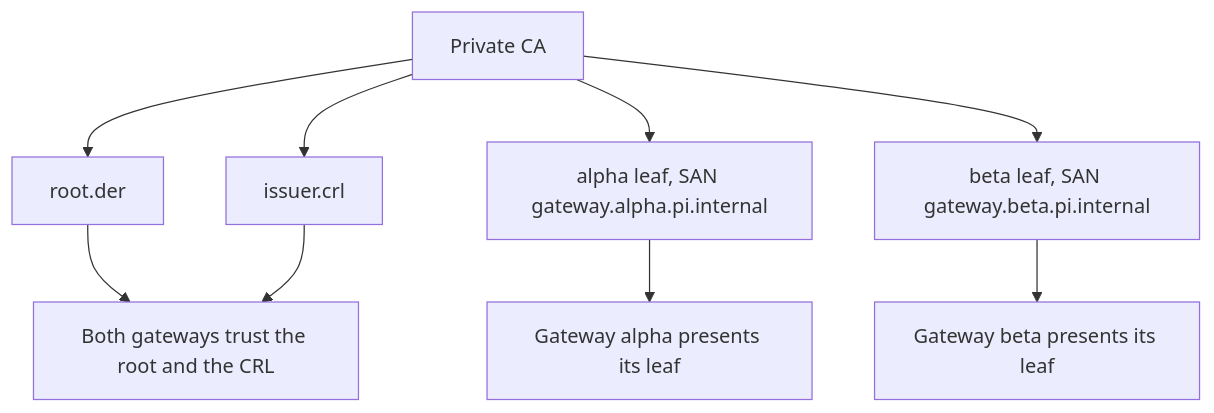
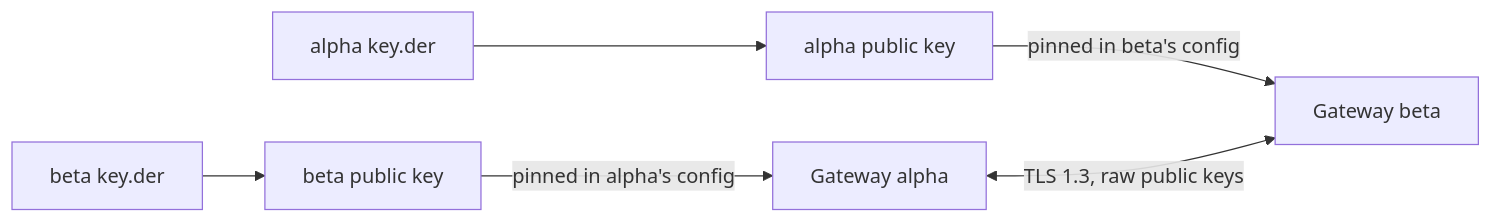
The diagram in packages/pi-peers/docs/remote-setup.md (mich-murphy/pi-extensions), drawn with Mermaid before and after one commit. The commit also changed other lines of this file and 29 other files, not shown here.

First line of the commit message:
feat(peers-gateway)!: drop the private CA, CRLs, revocation floors and pairing (0.4.0) (#334)

````diff
--- a/packages/pi-peers/docs/remote-setup.md
+++ b/packages/pi-peers/docs/remote-setup.md
@@ -5,11 +10,8 @@
 ```mermaid
-flowchart TD
-  CA["Private CA"] --> Root["root.der"]
-  CA --> LA["alpha leaf, SAN gateway.alpha.pi.internal"]
-  CA --> LB["beta leaf, SAN gateway.beta.pi.internal"]
-  CA --> CRL["issuer.crl"]
-  Root --> G["Both gateways trust the root and the CRL"]
-  CRL --> G
-  LA --> GA["Gateway alpha presents its leaf"]
-  LB --> GB["Gateway beta presents its leaf"]
+flowchart LR
+  KA["alpha key.der"] --> PA["alpha public key"]
+  KB["beta key.der"] --> PB["beta public key"]
+  PA -- "pinned in beta's config" --> GB["Gateway beta"]
+  PB -- "pinned in alpha's config" --> GA["Gateway alpha"]
+  GA <-- "TLS 1.3, raw public keys" --> GB
 ```
````
